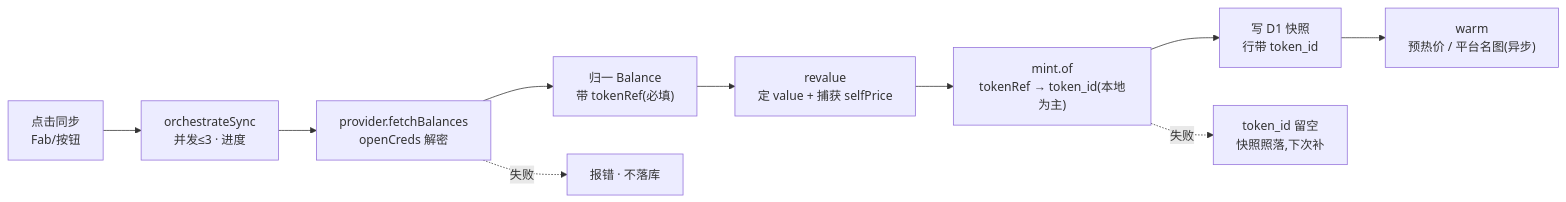
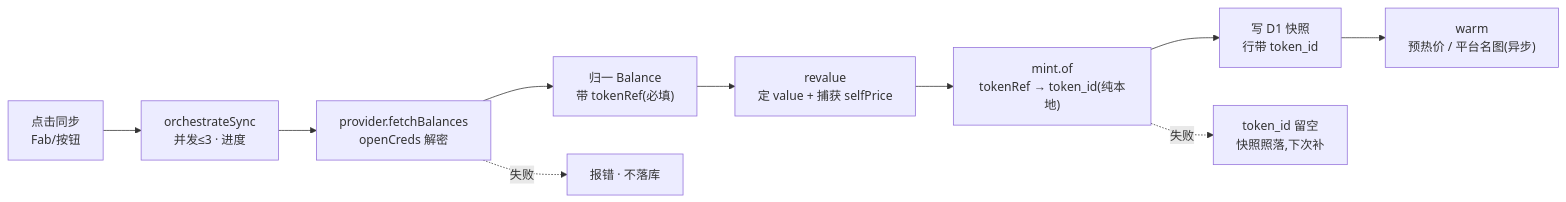
Before and after one commit to x0finch/folio2: the first of 2 diagrams in docs/architecture/01-data-flow.md, drawn with Mermaid. The commit also changed other lines of this file and 2 other files, not shown here.

````diff
--- a/docs/architecture/01-data-flow.md
+++ b/docs/architecture/01-data-flow.md
@@ -21,12 +21,12 @@
 ```mermaid
 flowchart LR
     U["点击同步<br/>Fab/按钮"] --> O["orchestrateSync<br/>并发≤3 · 进度"]
     O --> F["provider.fetchBalances<br/>openCreds 解密"]
     F --> N["归一 Balance<br/>带 tokenRef(必填)"]
     N --> RV["revalue<br/>定 value + 捕获 selfPrice"]
-    RV --> M["mint.of<br/>tokenRef → token_id(本地为主)"]
+    RV --> M["mint.of<br/>tokenRef → token_id(纯本地)"]
     M --> S["写 D1 快照<br/>行带 token_id"]
     F -.失败.-> E["报错 · 不落库"]
     M -.失败.-> M2["token_id 留空<br/>快照照落,下次补"]
     S --> W["warm<br/>预热价 / 平台名图(异步)"]
 ```
````
